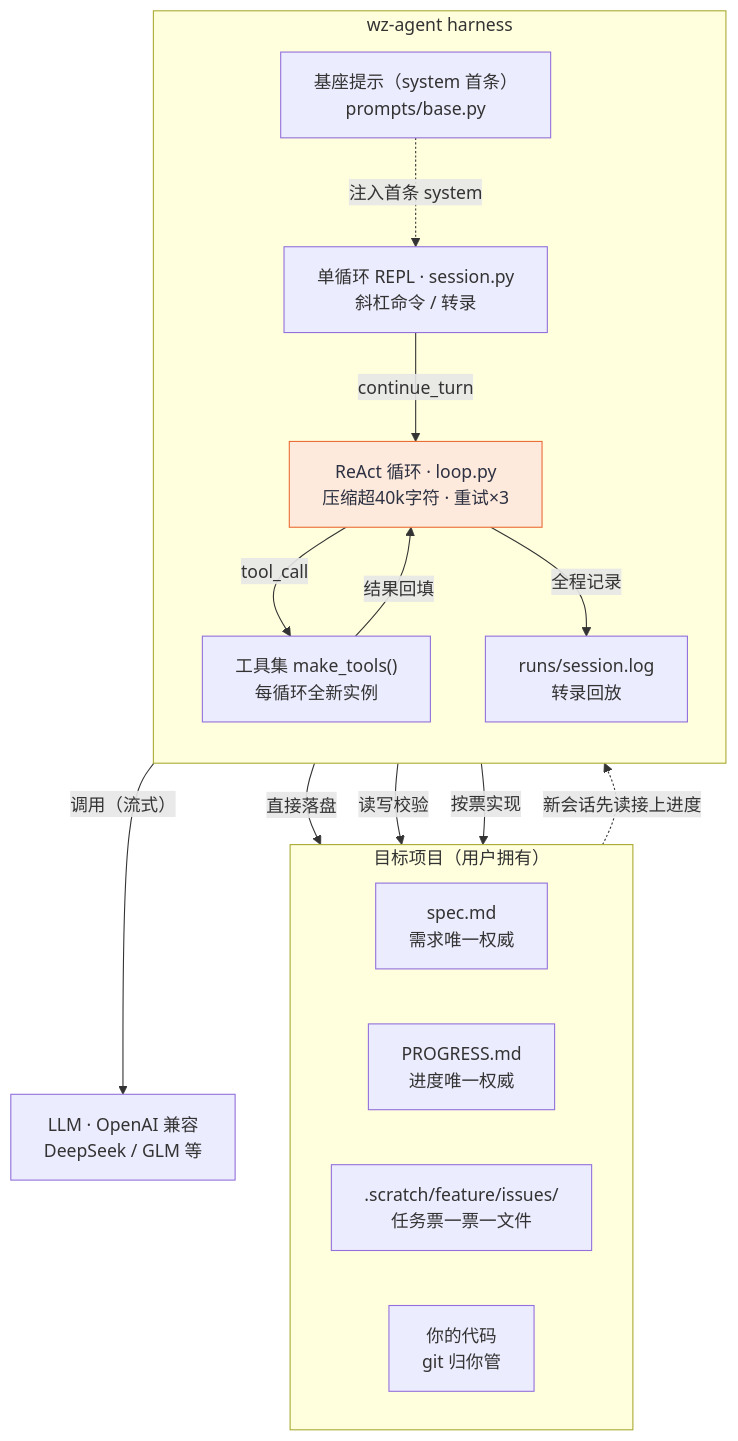
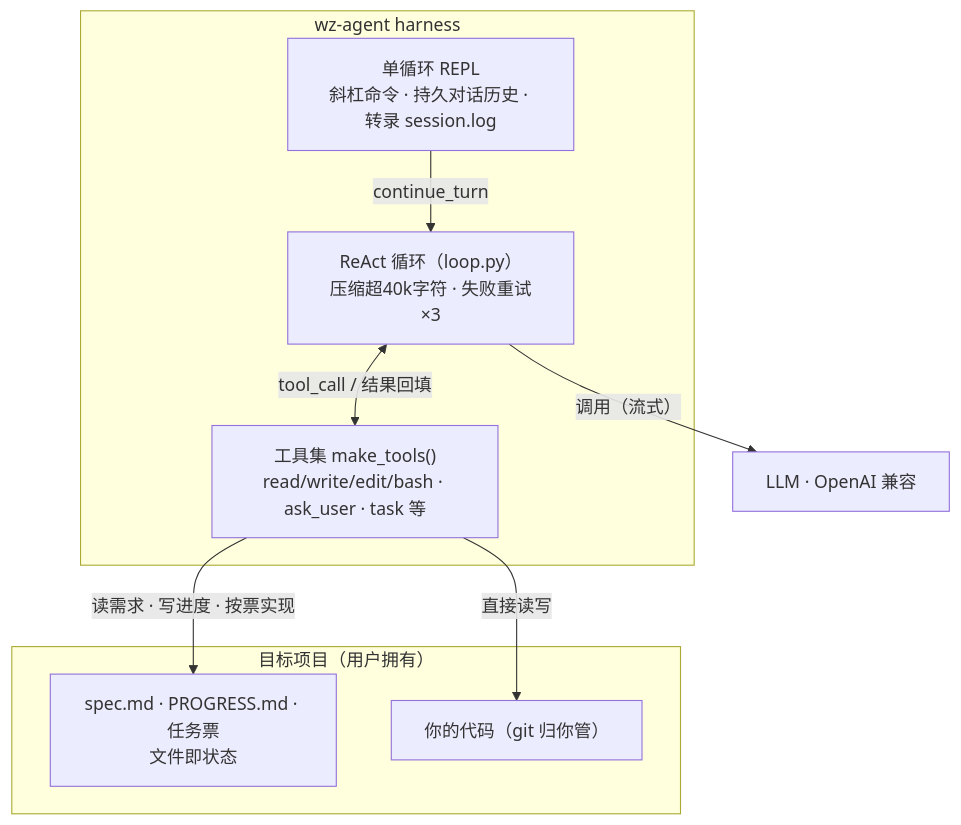
Before and after one commit to Wz9899/wz-agent: the first of 3 diagrams in docs/agent-architecture.2.md, drawn with Mermaid. The commit also changed other lines of this file, not shown here.

Commit message:
docs: 整体架构图剪裁 —— 13 节点/10 边 → 8 节点/5 边
按 diagram-design 复杂度预算原则：去掉旁路节点 LOG（转录正文已述）、
BASE（属 REPL 属性，一句话带过）；spec/PROG/TICKET 三合一为状态文件组；
双向边恢复合法写法。图高显著缩小，主链 REPL→循环→工具→落盘更突出。

````diff
--- a/docs/agent-architecture.2.md
+++ b/docs/agent-architecture.2.md
@@ -113,34 +113,21 @@
 ```mermaid
 flowchart TB
     subgraph target["目标项目（用户拥有）"]
-        direction LR
-        SPEC["spec.md<br/>需求唯一权威"]
-        PROG["PROGRESS.md<br/>进度唯一权威"]
-        TICKET[".scratch/feature/issues/<br/>任务票一票一文件"]
-        CODE["你的代码<br/>git 归你管"]
+        STATE["spec.md · PROGRESS.md · 任务票<br/>文件即状态"]
+        CODE["你的代码（git 归你管）"]
     end
 
     subgraph harness["wz-agent harness"]
-        direction TB
-        REPL["单循环 REPL · session.py<br/>斜杠命令 / 转录"]
-        BASE["基座提示（system 首条）<br/>prompts/base.py"]
-        LOOP["ReAct 循环 · loop.py<br/>压缩超40k字符 · 重试×3"]
-        TOOLS["工具集 make_tools()<br/>每循环全新实例"]
-        LOG["runs/session.log<br/>转录回放"]
+        REPL["单循环 REPL<br/>斜杠命令 · 持久对话历史 · 转录 session.log"]
+        LOOP["ReAct 循环（loop.py）<br/>压缩超40k字符 · 失败重试×3"]
+        TOOLS["工具集 make_tools()<br/>read/write/edit/bash · ask_user · task 等"]
     end
 
-    LLM["LLM · OpenAI 兼容<br/>DeepSeek / GLM 等"]
+    LLM["LLM · OpenAI 兼容"]
 
     REPL -- "continue_turn" --> LOOP
-    BASE -. "注入首条 system" .-> REPL
-    LOOP -- "tool_call" --> TOOLS
-    TOOLS -- "结果回填" --> LOOP
+    LOOP <-- "tool_call / 结果回填" --> TOOLS
     LOOP -- "调用（流式）" --> LLM
-    TOOLS -- "直接落盘" --> CODE
-    TOOLS -- "读写校验" --> SPEC
-    TOOLS -- "按票实现" --> TICKET
-    LOOP -- "全程记录" --> LOG
-    PROG -. "新会话先读接上进度" .-> REPL
-
-    style LOOP fill:#fdeadd,stroke:#eb6c36,color:#2d3142
+    TOOLS -- "直接读写" --> CODE
+    TOOLS -- "读需求 · 写进度 · 按票实现" --> STATE
 ```
````
